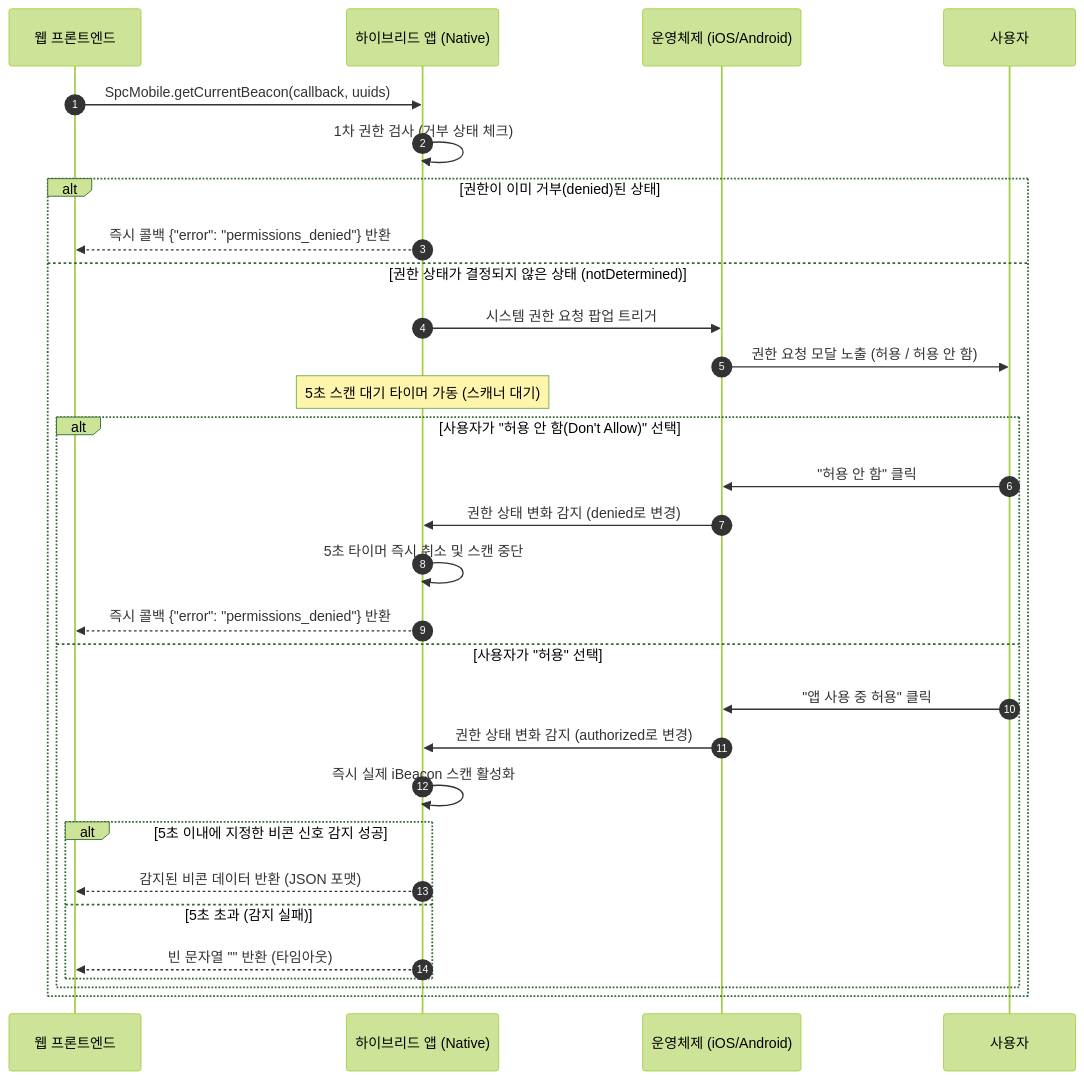
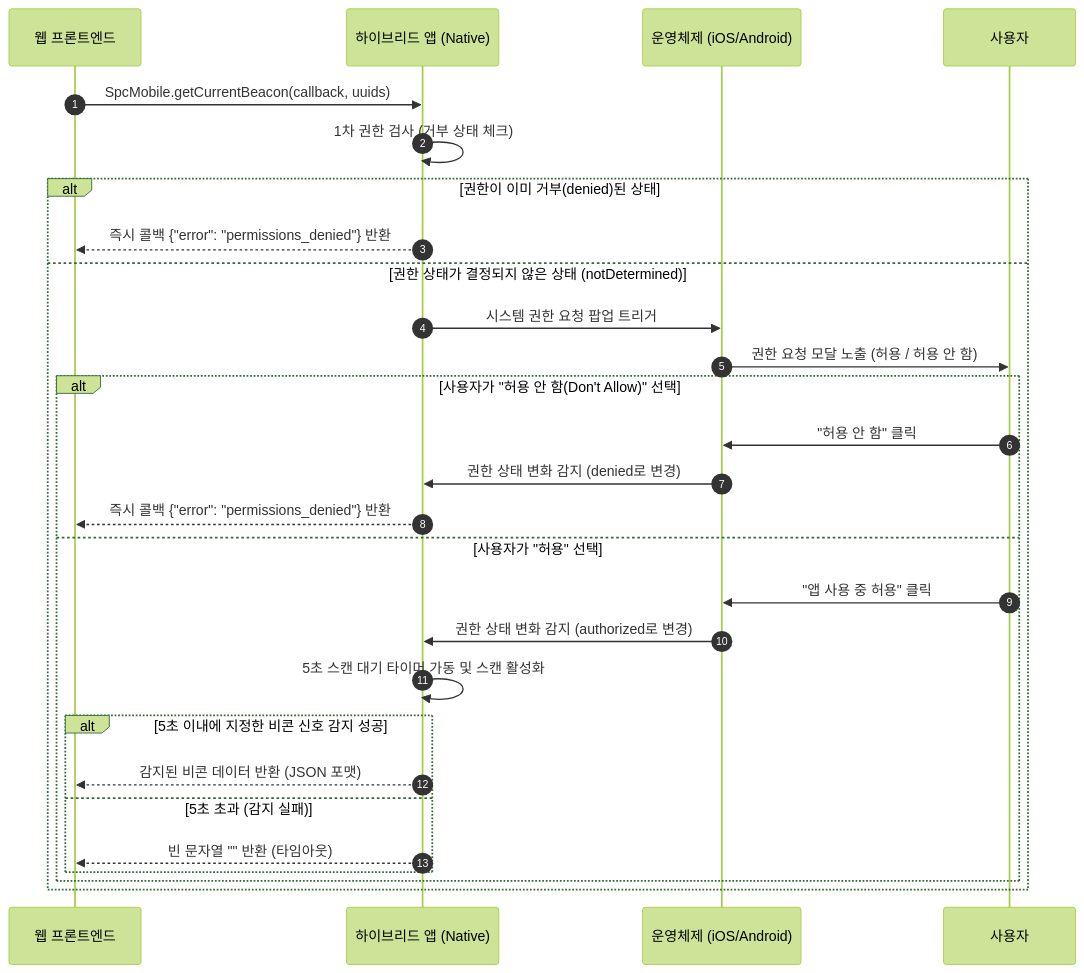
One commit to YOODJ/GS_SPC_HR_WEB changed the diagram in doc/permission.md. Above: the diagram before and after it, drawn with Mermaid (forest theme).

Commit message:
비콘 스캔 퍼미션 관련 문서 수정

````diff
--- a/doc/permission.md
+++ b/doc/permission.md
@@ -23,34 +23,32 @@
 ```mermaid
 sequenceDiagram
     autonumber
     participant Web as 웹 프론트엔드
     participant App as 하이브리드 앱 (Native)
     participant OS as 운영체제 (iOS/Android)
     participant User as 사용자
 
     Web->>App: SpcMobile.getCurrentBeacon(callback, uuids)
     App->>App: 1차 권한 검사 (거부 상태 체크)
     alt 권한이 이미 거부(denied)된 상태
         App-->>Web: 즉시 콜백 {"error": "permissions_denied"} 반환
     else 권한 상태가 결정되지 않은 상태 (notDetermined)
         App->>OS: 시스템 권한 요청 팝업 트리거
         OS->>User: 권한 요청 모달 노출 (허용 / 허용 안 함)
-        Note over App: 5초 스캔 대기 타이머 가동 (스캐너 대기)
         
         alt 사용자가 "허용 안 함(Don't Allow)" 선택
             User->>OS: "허용 안 함" 클릭
             OS->>App: 권한 상태 변화 감지 (denied로 변경)
-            App->>App: 5초 타이머 즉시 취소 및 스캔 중단
             App-->>Web: 즉시 콜백 {"error": "permissions_denied"} 반환
         else 사용자가 "허용" 선택
             User->>OS: "앱 사용 중 허용" 클릭
             OS->>App: 권한 상태 변화 감지 (authorized로 변경)
-            App->>App: 즉시 실제 iBeacon 스캔 활성화
+            App->>App: 5초 스캔 대기 타이머 가동 및 스캔 활성화
             alt 5초 이내에 지정한 비콘 신호 감지 성공
                 App-->>Web: 감지된 비콘 데이터 반환 (JSON 포맷)
             else 5초 초과 (감지 실패)
                 App-->>Web: 빈 문자열 "" 반환 (타임아웃)
             end
         end
     end
 ```
````
